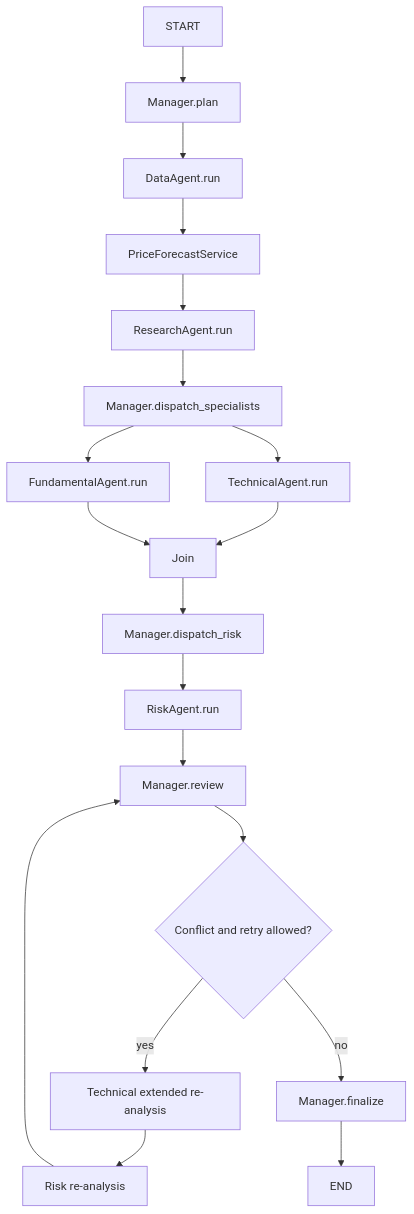
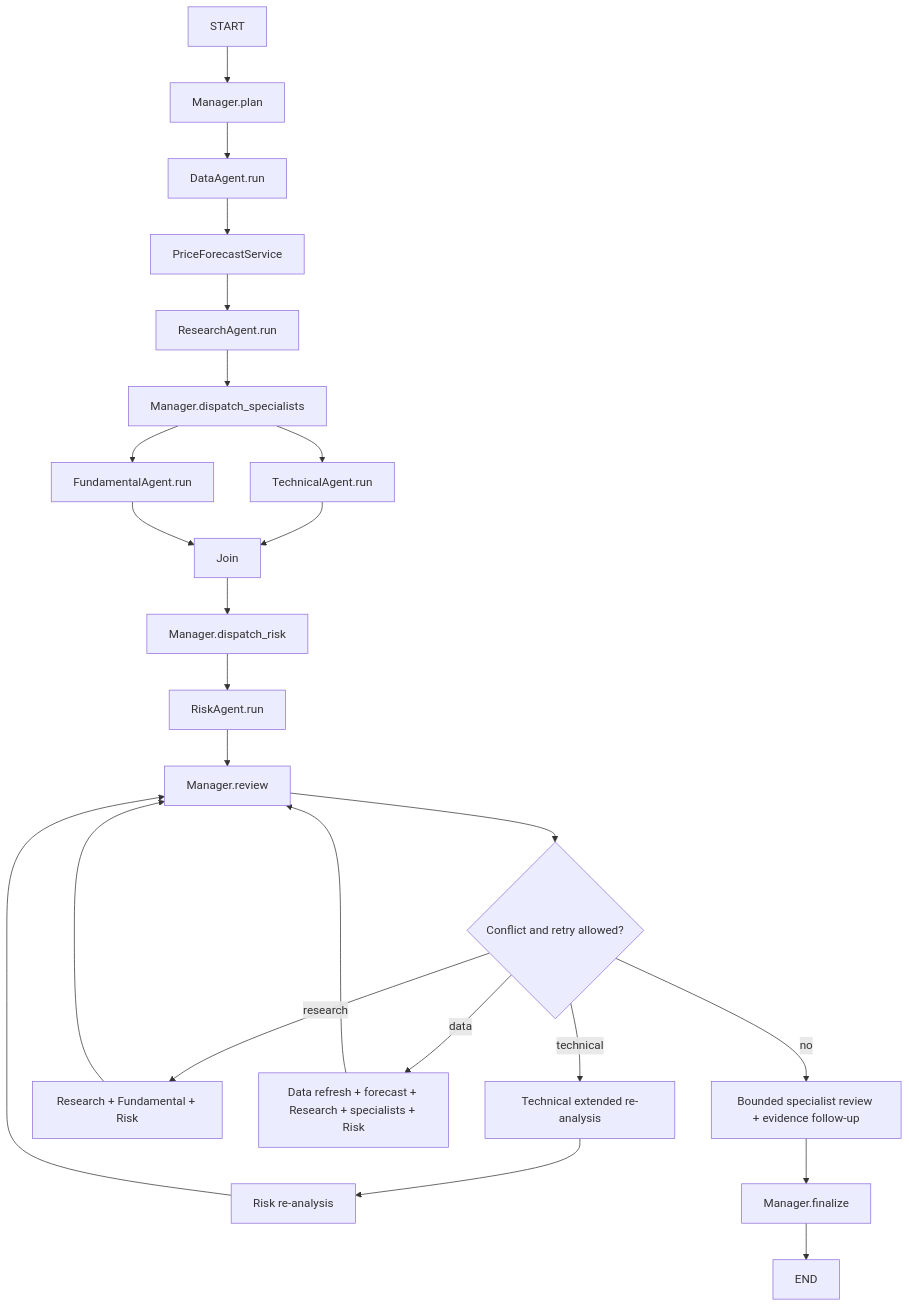
One commit to Dung1604005/vietnam-stock-research-agent changed the second of 2 diagrams in docs/current-architecture.md. Above: the diagram before and after it, drawn with Mermaid. The commit also changed other lines of this file and 86 other files, not shown here.

````diff
--- a/docs/current-architecture.md
+++ b/docs/current-architecture.md
@@ -109,21 +111,26 @@
 ```mermaid
 flowchart TD
     S[START] --> MP[Manager.plan]
     MP --> D[DataAgent.run]
     D --> PF[PriceForecastService]
     PF --> RA[ResearchAgent.run]
     RA --> DS[Manager.dispatch_specialists]
     DS --> T[TechnicalAgent.run]
     DS --> F[FundamentalAgent.run]
     T --> J[Join]
     F --> J
     J --> DR[Manager.dispatch_risk]
     DR --> R[RiskAgent.run]
     R --> MR[Manager.review]
     MR --> C{Conflict and retry allowed?}
-    C -->|yes| TR[Technical extended re-analysis]
+    C -->|technical| TR[Technical extended re-analysis]
     TR --> RR[Risk re-analysis]
     RR --> MR
-    C -->|no| FIN[Manager.finalize]
+    C -->|research| RF[Research + Fundamental + Risk]
+    RF --> MR
+    C -->|data| DP[Data refresh + forecast + Research + specialists + Risk]
+    DP --> MR
+    C -->|no| REV[Bounded specialist review + evidence follow-up]
+    REV --> FIN[Manager.finalize]
     FIN --> E[END]
 ```
````
